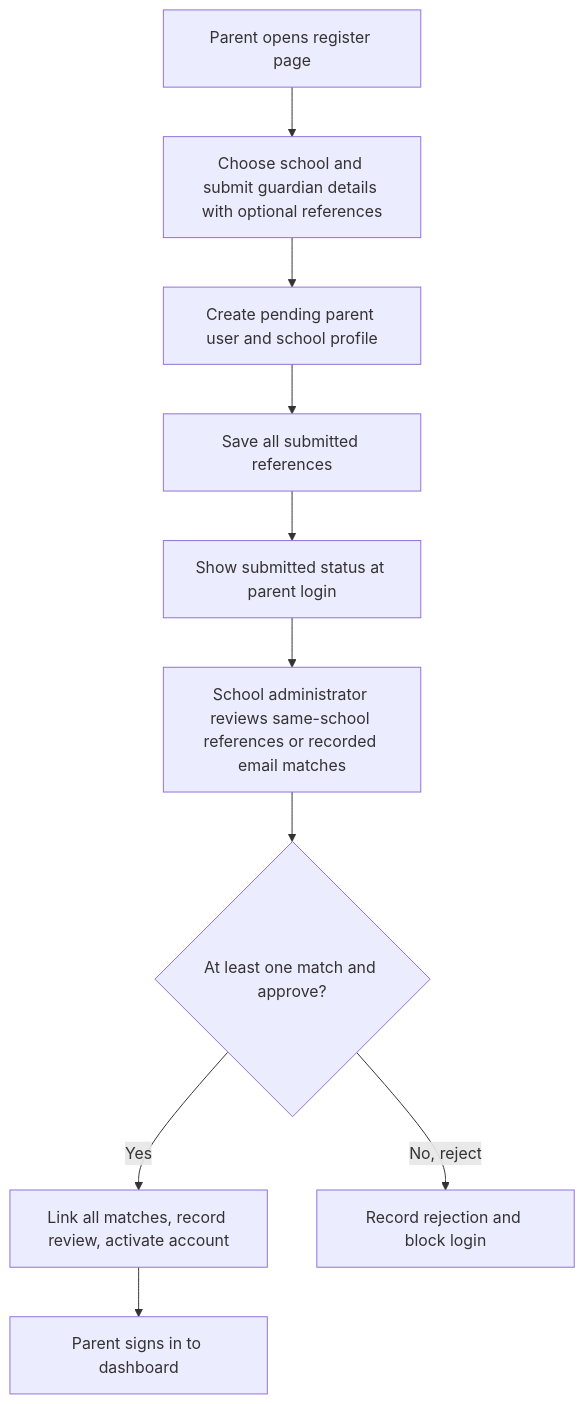
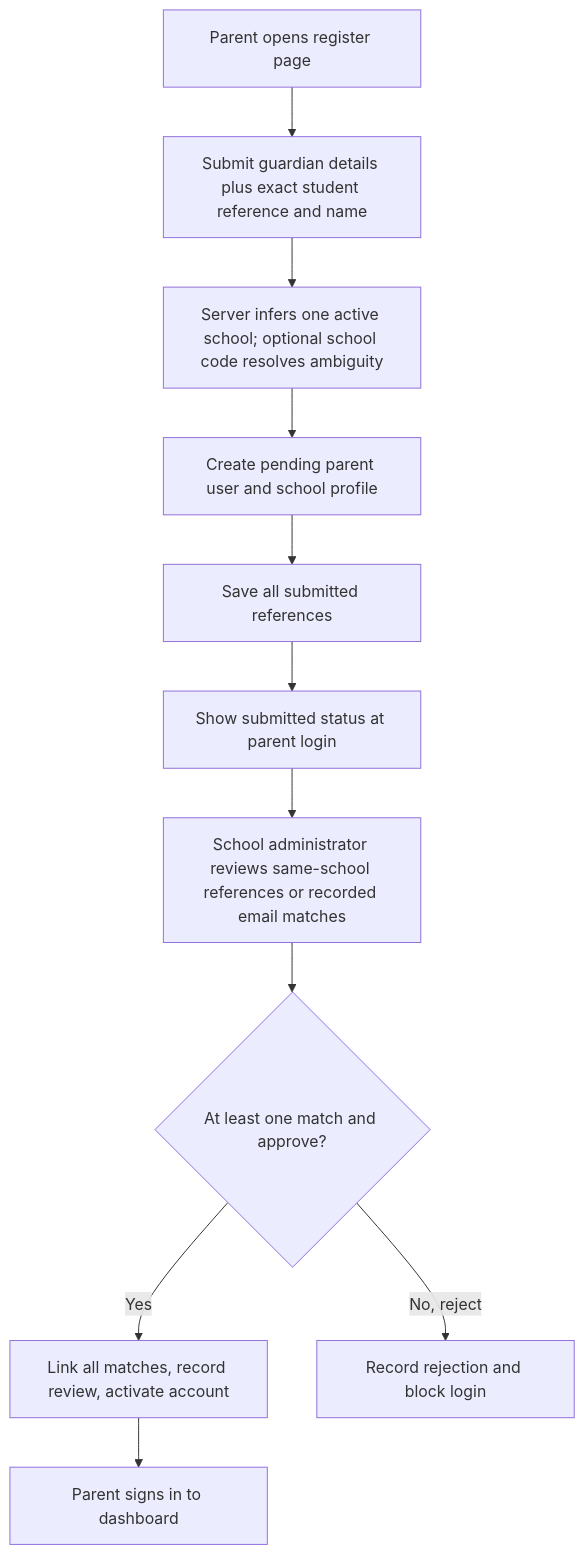
The fifth of 7 diagrams in docs/DATABASE_SCHEMA_PLAN.md (Xeyn19/xmetapay), drawn with Mermaid before and after one commit. The commit also changed other lines of this file and 32 other files, not shown here.

````diff
--- a/docs/DATABASE_SCHEMA_PLAN.md
+++ b/docs/DATABASE_SCHEMA_PLAN.md
@@ -884,12 +890,13 @@
 ```mermaid
 flowchart TD
-  A["Parent opens register page"] --> B["Choose school and submit guardian details with optional references"]
-  B --> C["Create pending parent user and school profile"]
+  A["Parent opens register page"] --> B["Submit guardian details plus exact student reference and name"]
+  B --> B2["Server infers one active school; optional school code resolves ambiguity"]
+  B2 --> C["Create pending parent user and school profile"]
   C --> D["Save all submitted references"]
   D --> E["Show submitted status at parent login"]
   E --> F["School administrator reviews same-school references or recorded email matches"]
   F --> G{"At least one match and approve?"}
   G -->|Yes| H["Link all matches, record review, activate account"]
   G -->|No, reject| I["Record rejection and block login"]
   H --> J["Parent signs in to dashboard"]
 ```
````
